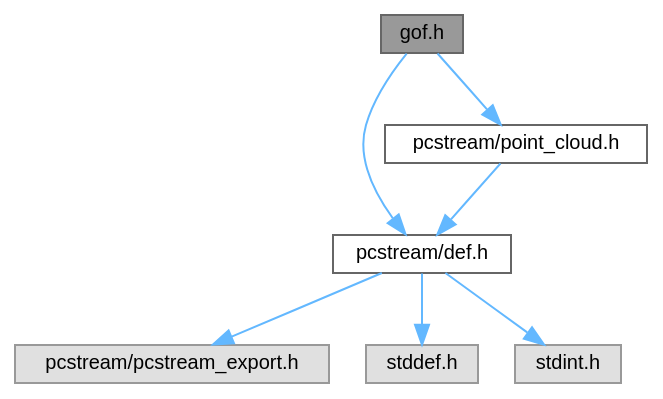
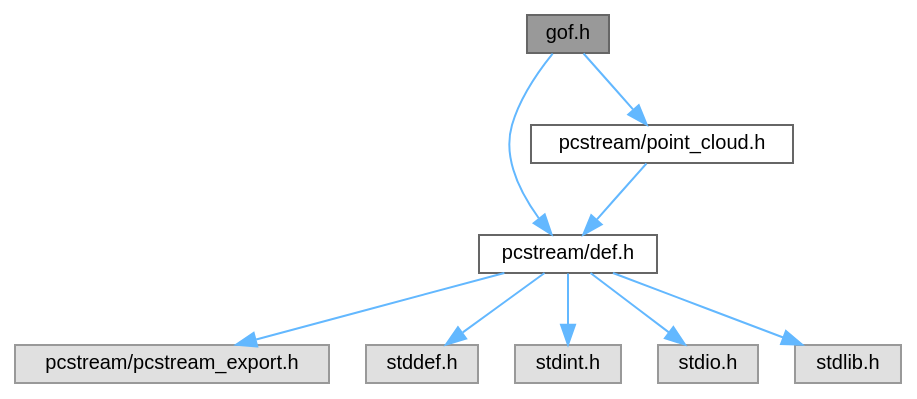
Before and after one commit to QuangNguyenLong/pcstream: the diagram in gof_8h__incl.dot, drawn with Graphviz. The commit also changed 40 other files, not shown here.

```diff
--- a/gof_8h__incl.dot
+++ b/gof_8h__incl.dot
@@ -1,19 +1,23 @@
 digraph "gof.h"
 {
  // LATEX_PDF_SIZE
   bgcolor="transparent";
   edge [fontname=Helvetica,fontsize=10,labelfontname=Helvetica,labelfontsize=10];
   node [fontname=Helvetica,fontsize=10,shape=box,height=0.2,width=0.4];
   Node1 [id="Node000001",label="gof.h",height=0.2,width=0.4,color="gray40", fillcolor="grey60", style="filled", fontcolor="black",tooltip=" "];
   Node1 -> Node2 [id="edge1_Node000001_Node000002",color="steelblue1",style="solid",tooltip=" "];
   Node2 [id="Node000002",label="pcstream/def.h",height=0.2,width=0.4,color="grey40", fillcolor="white", style="filled",URL="$def_8h.html",tooltip=" "];
   Node2 -> Node3 [id="edge2_Node000002_Node000003",color="steelblue1",style="solid",tooltip=" "];
   Node3 [id="Node000003",label="pcstream/pcstream_export.h",height=0.2,width=0.4,color="grey60", fillcolor="#E0E0E0", style="filled",tooltip=" "];
   Node2 -> Node4 [id="edge3_Node000002_Node000004",color="steelblue1",style="solid",tooltip=" "];
   Node4 [id="Node000004",label="stddef.h",height=0.2,width=0.4,color="grey60", fillcolor="#E0E0E0", style="filled",tooltip=" "];
   Node2 -> Node5 [id="edge4_Node000002_Node000005",color="steelblue1",style="solid",tooltip=" "];
   Node5 [id="Node000005",label="stdint.h",height=0.2,width=0.4,color="grey60", fillcolor="#E0E0E0", style="filled",tooltip=" "];
-  Node1 -> Node6 [id="edge5_Node000001_Node000006",color="steelblue1",style="solid",tooltip=" "];
-  Node6 [id="Node000006",label="pcstream/point_cloud.h",height=0.2,width=0.4,color="grey40", fillcolor="white", style="filled",URL="$point__cloud_8h.html",tooltip=" "];
-  Node6 -> Node2 [id="edge6_Node000006_Node000002",color="steelblue1",style="solid",tooltip=" "];
+  Node2 -> Node6 [id="edge5_Node000002_Node000006",color="steelblue1",style="solid",tooltip=" "];
+  Node6 [id="Node000006",label="stdio.h",height=0.2,width=0.4,color="grey60", fillcolor="#E0E0E0", style="filled",tooltip=" "];
+  Node2 -> Node7 [id="edge6_Node000002_Node000007",color="steelblue1",style="solid",tooltip=" "];
+  Node7 [id="Node000007",label="stdlib.h",height=0.2,width=0.4,color="grey60", fillcolor="#E0E0E0", style="filled",tooltip=" "];
+  Node1 -> Node8 [id="edge7_Node000001_Node000008",color="steelblue1",style="solid",tooltip=" "];
+  Node8 [id="Node000008",label="pcstream/point_cloud.h",height=0.2,width=0.4,color="grey40", fillcolor="white", style="filled",URL="$point__cloud_8h.html",tooltip=" "];
+  Node8 -> Node2 [id="edge8_Node000008_Node000002",color="steelblue1",style="solid",tooltip=" "];
 }
```
